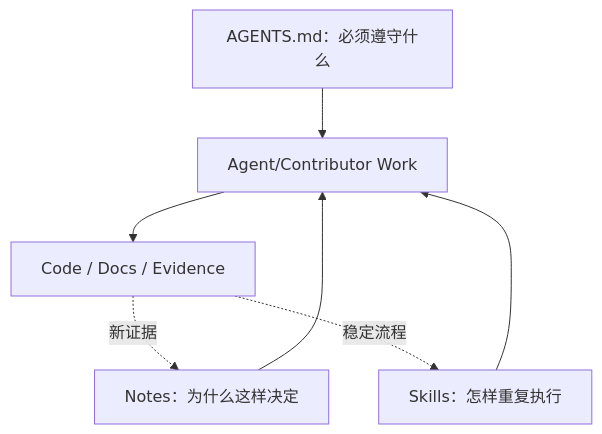
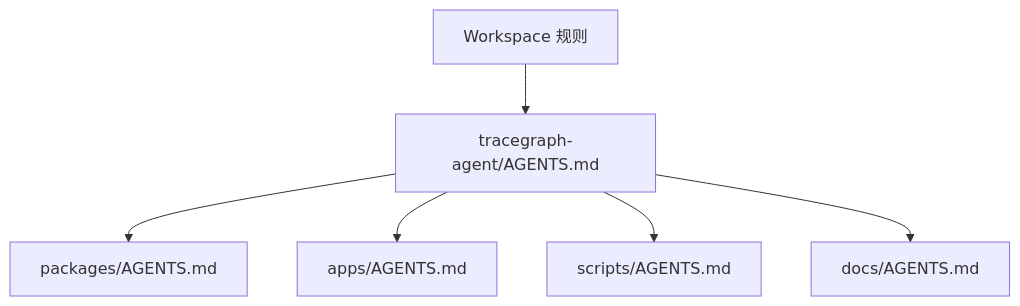
One commit to Cainheart/tracegraph-agent changed the second of 4 diagrams in docs/outlive-agent-v2/02-repository-governance/01-agents-notes-skills.md. Above: the diagram before and after it, drawn with Mermaid. The commit also changed other lines of this file and 35 other files, not shown here.

First line of the commit message:
docs(architecture): 以 Agent Runtime 与 Session/Evidence 取代三平面模型

````diff
--- a/docs/outlive-agent-v2/02-repository-governance/01-agents-notes-skills.md
+++ b/docs/outlive-agent-v2/02-repository-governance/01-agents-notes-skills.md
@@ -15,9 +52,9 @@
 ```mermaid
 flowchart TB
-  A[AGENTS.md：必须遵守什么] --> W[Agent/Contributor Work]
-  N[Notes：为什么这样决定] --> W
-  S[Skills：怎样重复执行] --> W
-  W --> E[Code / Docs / Evidence]
-  E -.新证据.-> N
-  E -.稳定流程.-> S
+  W[Workspace 规则]
+  W --> R[tracegraph-agent/AGENTS.md]
+  R --> P[packages/AGENTS.md]
+  R --> A[apps/AGENTS.md]
+  R --> S[scripts/AGENTS.md]
+  R --> D[docs/AGENTS.md]
 ```
````
